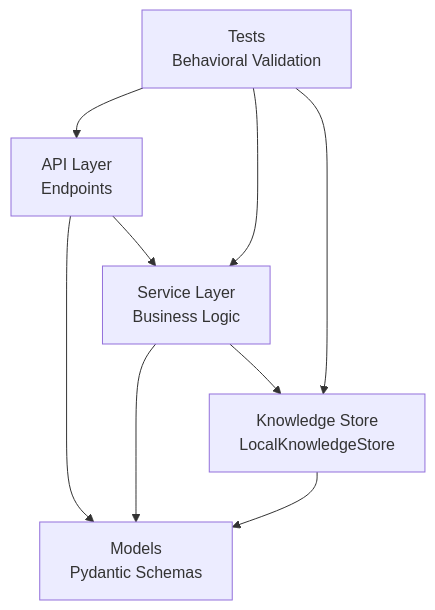
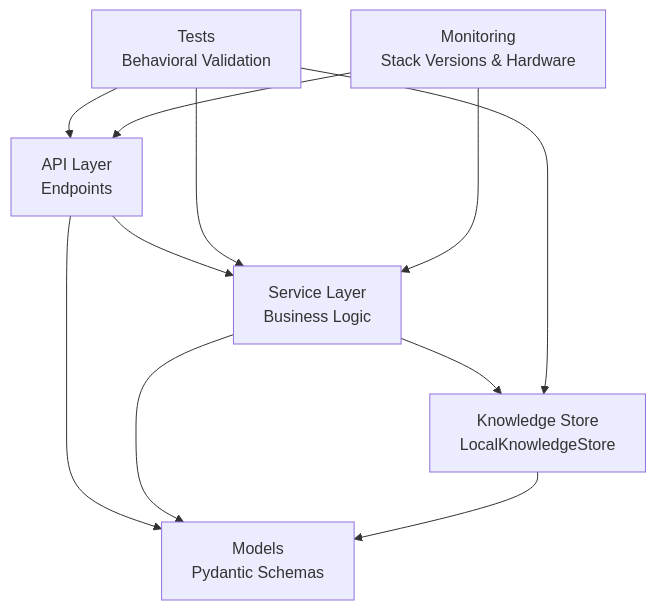
One commit to intellistream/sage-mate changed the first of 3 diagrams in .qoder/repowiki/en/content/API Reference/Knowledge Management Endpoints.md. Above: the diagram before and after it, drawn with Mermaid. The commit also changed other lines of this file and 121 other files, not shown here.

````diff
--- a/.qoder/repowiki/en/content/API Reference/Knowledge Management Endpoints.md
+++ b/.qoder/repowiki/en/content/API Reference/Knowledge Management Endpoints.md
@@ -40,11 +51,13 @@
 ```mermaid
 graph TB
 API["API Layer<br/>Endpoints"] --> Service["Service Layer<br/>Business Logic"]
 Service --> Store["Knowledge Store<br/>LocalKnowledgeStore"]
 API --> Models["Models<br/>Pydantic Schemas"]
 Service --> Models
 Store --> Models
 Tests["Tests<br/>Behavioral Validation"] --> API
 Tests --> Service
 Tests --> Store
+Monitoring["Monitoring<br/>Stack Versions & Hardware"] --> API
+Monitoring --> Service
 ```
````
